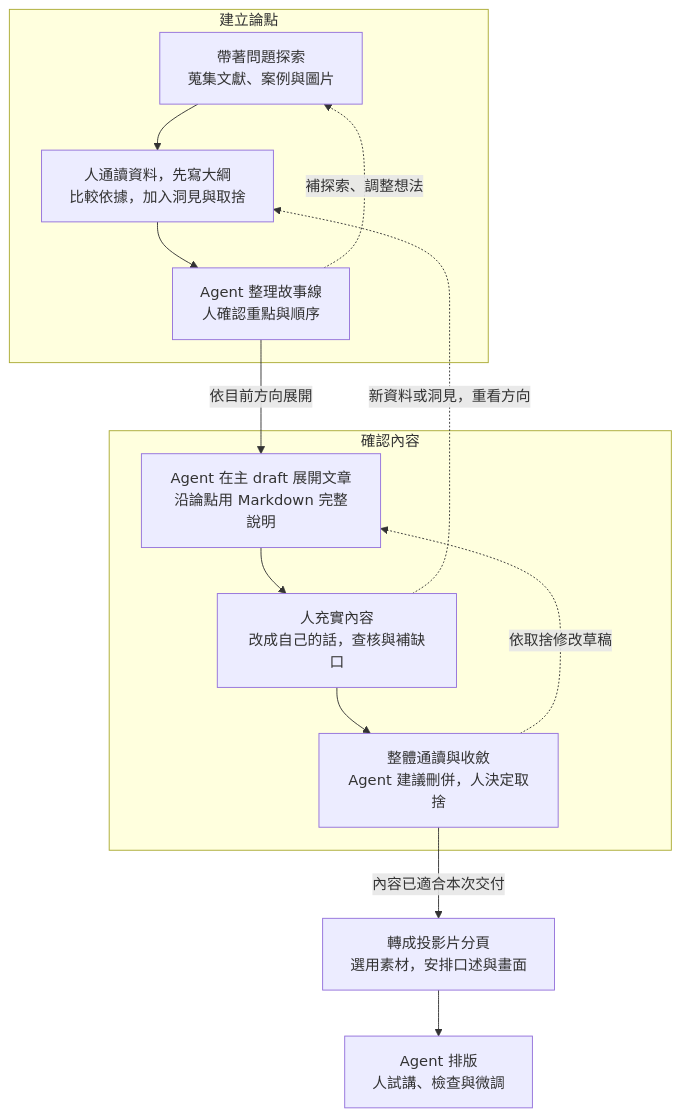
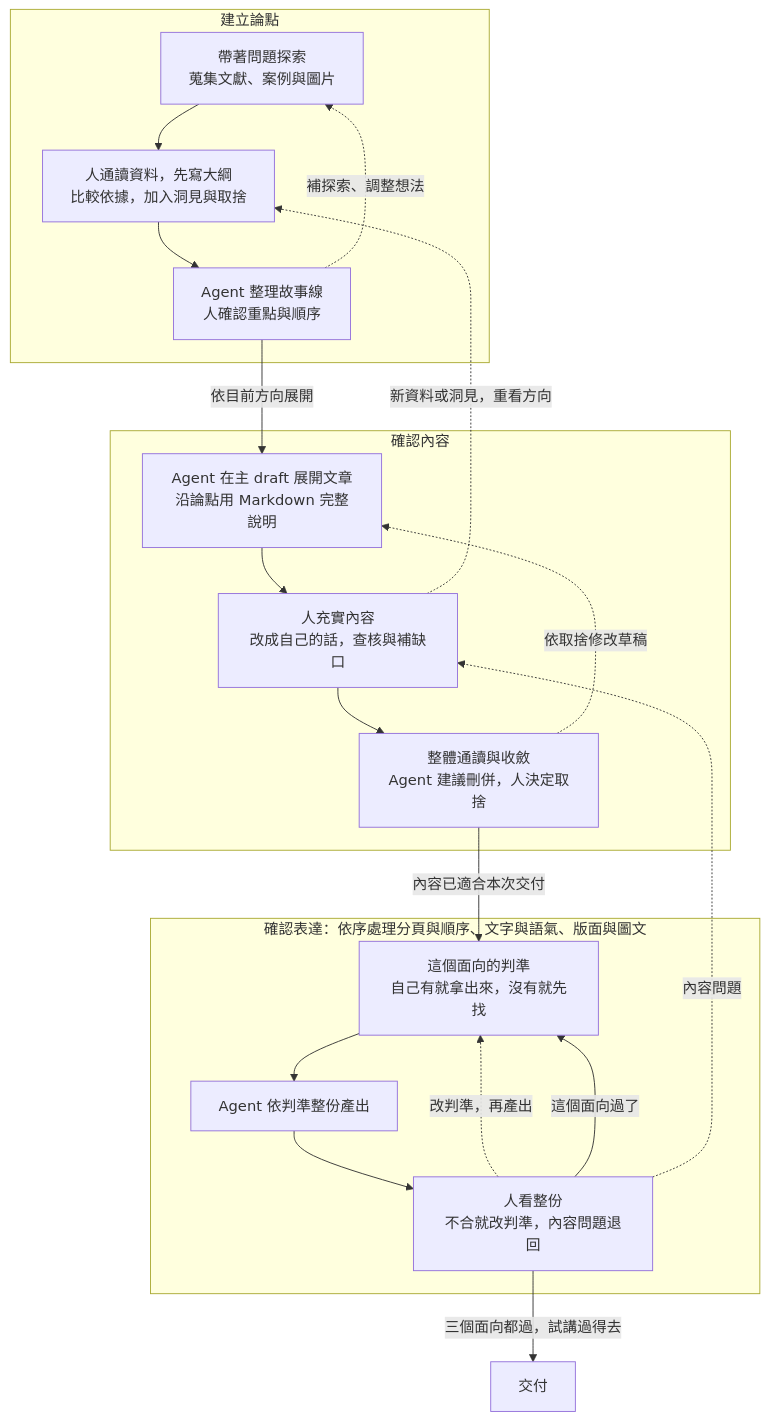
The diagram in drafts/02-week2-presentation-lesson-plan.md (jimmy60504/agentic-knowledge-work), drawn with Mermaid before and after one commit. The commit also changed other lines of this file and 21 other files, not shown here.

````diff
--- a/drafts/02-week2-presentation-lesson-plan.md
+++ b/drafts/02-week2-presentation-lesson-plan.md
@@ -57,21 +57,29 @@
 ```mermaid
 flowchart TD
     subgraph direction_loop["建立論點"]
         A["帶著問題探索<br/>蒐集文獻、案例與圖片"] --> B["人通讀資料，先寫大綱<br/>比較依據，加入洞見與取捨"]
         B --> C["Agent 整理故事線<br/>人確認重點與順序"]
         C -. 補探索、調整想法 .-> A
     end
 
     C -->|依目前方向展開| D
 
     subgraph content_loop["確認內容"]
         D["Agent 在主 draft 展開文章<br/>沿論點用 Markdown 完整說明"] --> E["人充實內容<br/>改成自己的話，查核與補缺口"]
         E --> F["整體通讀與收斂<br/>Agent 建議刪併，人決定取捨"]
         F -. 依取捨修改草稿 .-> D
     end
 
     E -. 新資料或洞見，重看方向 .-> B
 
-    F -->|內容已適合本次交付| H["轉成投影片分頁<br/>選用素材，安排口述與畫面"]
-    H --> G["Agent 排版<br/>人試講、檢查與微調"]
+    subgraph form_loop["確認表達：依序處理分頁與順序、文字與語氣、版面與圖文"]
+        I["這個面向的判準<br/>自己有就拿出來，沒有就先找"] --> J["Agent 依判準整份產出"]
+        J --> K["人看整份<br/>不合就改判準，內容問題退回"]
+        K -. 改判準，再產出 .-> I
+        K -->|這個面向過了| I
+    end
+
+    F -->|內容已適合本次交付| I
+    K -. 內容問題 .-> E
+    K -->|三個面向都過，試講過得去| L["交付"]
 ```
````
